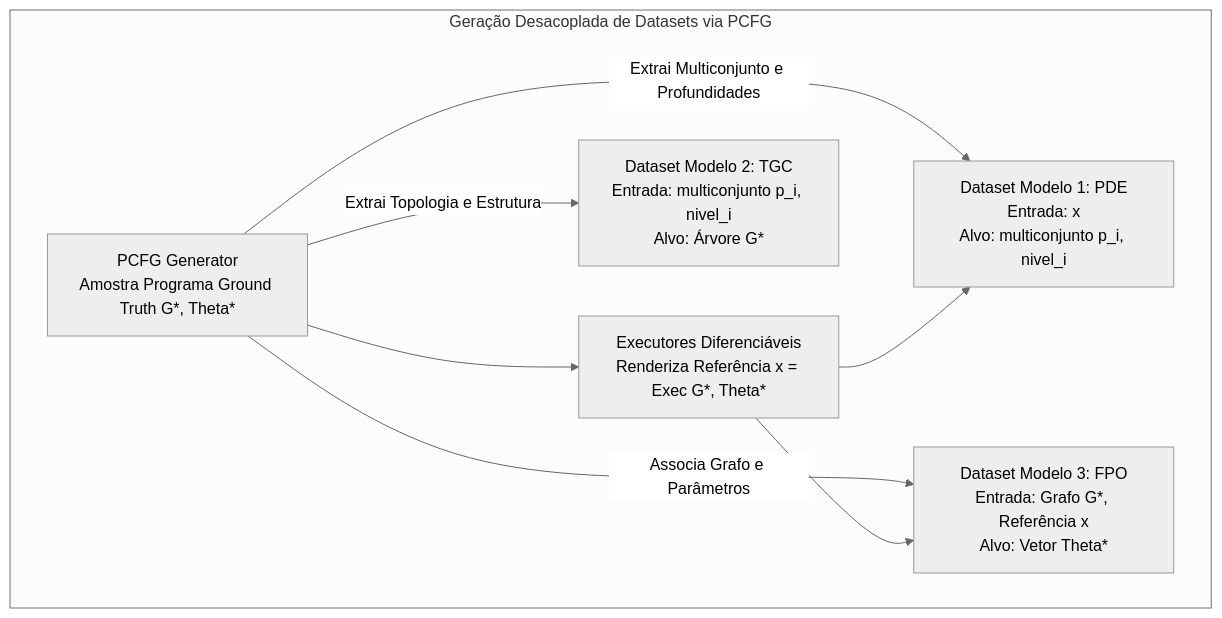
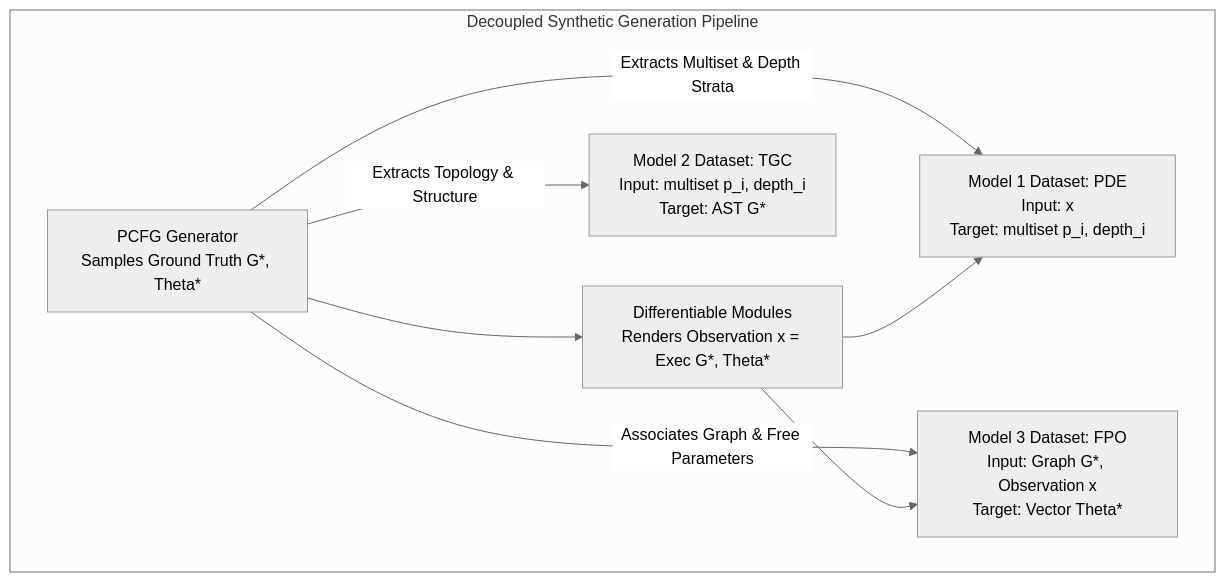
The second of 3 diagrams in docs/architecture/three_tier_neural_synthesis.md (racoci/symforge), drawn with Mermaid (neutral theme) before and after one commit. The commit also changed other lines of this file and 12 other files, not shown here.

Commit message:
docs: translate README and complete architecture documentation to English

````diff
--- a/docs/architecture/three_tier_neural_synthesis.md
+++ b/docs/architecture/three_tier_neural_synthesis.md
@@ -108,14 +107,14 @@
 ```mermaid
 graph TD
-    subgraph PCFGDataGeneration [Geração Desacoplada de Datasets via PCFG]
-        GEN[PCFG Generator<br/>Amostra Programa Ground Truth G*, Theta*] --> EXEC[Executores Diferenciáveis<br/>Renderiza Referência x = Exec G*, Theta*]
+    subgraph PCFGDataGeneration [Decoupled Synthetic Generation Pipeline]
+        GEN[PCFG Generator<br/>Samples Ground Truth G*, Theta*] --> EXEC[Differentiable Modules<br/>Renders Observation x = Exec G*, Theta*]
         
-        GEN -->|Extrai Multiconjunto e Profundidades| D1[Dataset Modelo 1: PDE<br/>Entrada: x<br/>Alvo: multiconjunto p_i, nivel_i]
+        GEN -->|Extracts Multiset & Depth Strata| D1[Model 1 Dataset: PDE<br/>Input: x<br/>Target: multiset p_i, depth_i]
         EXEC --> D1
         
-        GEN -->|Extrai Topologia e Estrutura| D2[Dataset Modelo 2: TGC<br/>Entrada: multiconjunto p_i, nivel_i<br/>Alvo: Árvore G*]
+        GEN -->|Extracts Topology & Structure| D2[Model 2 Dataset: TGC<br/>Input: multiset p_i, depth_i<br/>Target: AST G*]
         
-        GEN -->|Associa Grafo e Parâmetros| D3[Dataset Modelo 3: FPO<br/>Entrada: Grafo G*, Referência x<br/>Alvo: Vetor Theta*]
+        GEN -->|Associates Graph & Free Parameters| D3[Model 3 Dataset: FPO<br/>Input: Graph G*, Observation x<br/>Target: Vector Theta*]
         EXEC --> D3
     end
 ```
````
